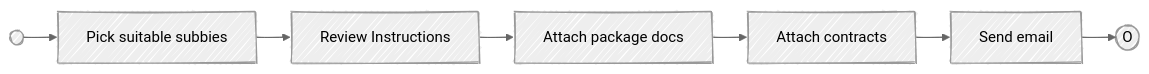
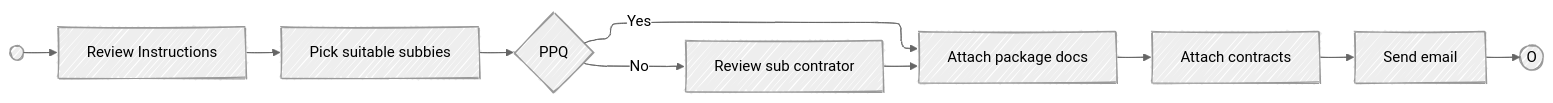
One commit to ScubaSteveInAus/BuildFlow changed the third of 3 diagrams in README.md. Above: the diagram before and after it, drawn with Mermaid (neutral theme). The commit also changed other lines of this file, not shown here.

````diff
--- a/README.md
+++ b/README.md
@@ -44,14 +47,18 @@
 ```mermaid
 ---
 config:
   layout: elk
   look: handDrawn
 ---
 flowchart LR
-  A((    )) --> B[Pick suitable subbies]
-  B --> C[Review Instructions]
-  C --> D[Attach package docs]
+
+  A((    )) --> B[Review Instructions]
+  B --> C[Pick suitable subbies]
+  C --> C1{PPQ}
+  C1 -->|No| C2[Review sub contrator]
+  C2 --> D[Attach package docs]
+  C1 -->|Yes| D[Attach package docs]
   D --> E[Attach contracts]
   E --> F[Send email]
   F -->G((O))
 ```
````
